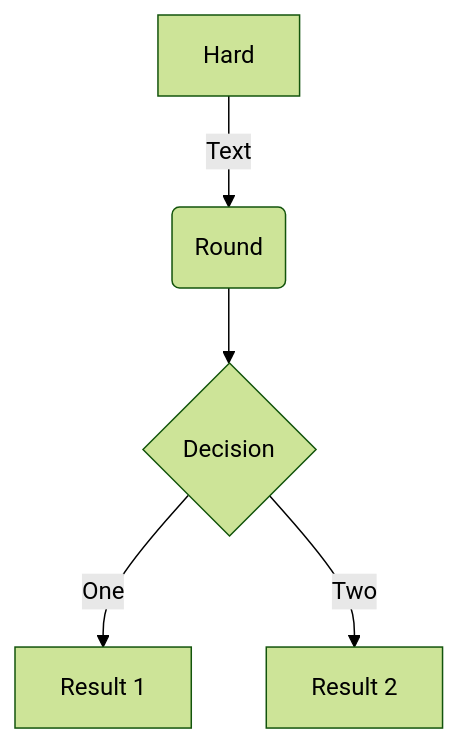
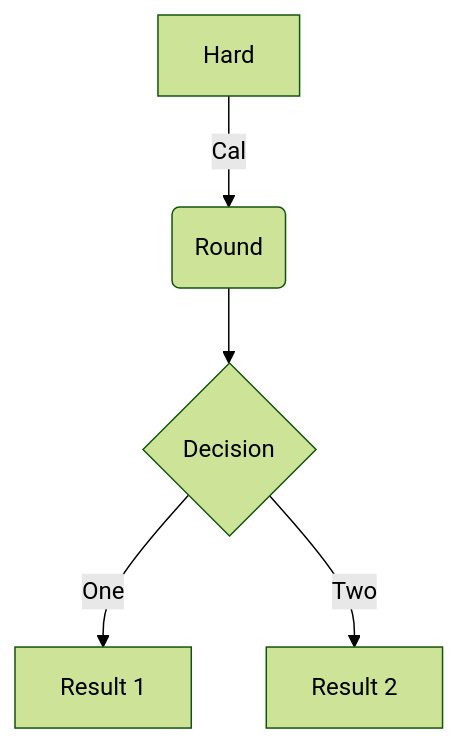
Before and after one commit to jerasin-ch/learningNestJs: the diagram in README.md, drawn with Mermaid (forest theme).

````diff
--- a/README.md
+++ b/README.md
@@ -77,7 +77,7 @@
 ```mermaid
 flowchart TD
- A[Hard] -->|Text| B(Round)
+ A[Hard] -->|Cal| B(Round)
 B --> C{Decision}
 C -->|One| D[Result 1]
 C -->|Two| E[Result 2]
 ```
````
